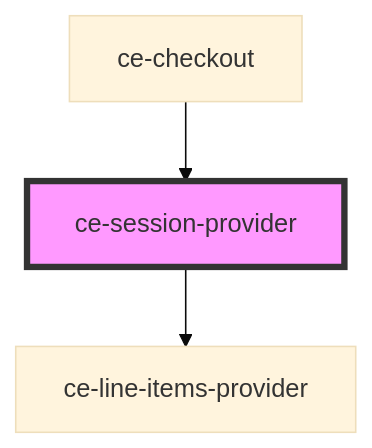
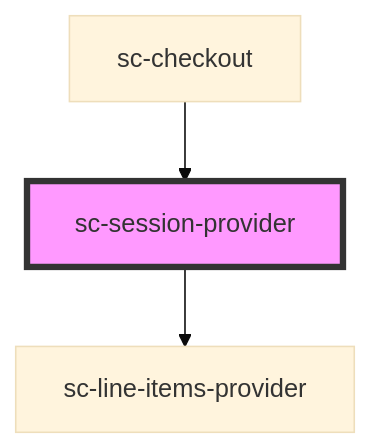
The diagram in packages/components/src/components/providers/session-provider/readme.md (surecart/surecart-wp-plugin), drawn with Mermaid (base theme) before and after one commit. The commit also changed other lines of this file and 1281 other files, not shown here.

````diff
--- a/packages/components/src/components/providers/session-provider/readme.md
+++ b/packages/components/src/components/providers/session-provider/readme.md
@@ -45,6 +45,6 @@
 ```mermaid
 graph TD;
-  ce-session-provider --> ce-line-items-provider
-  ce-checkout --> ce-session-provider
-  style ce-session-provider fill:#f9f,stroke:#333,stroke-width:4px
+  sc-session-provider --> sc-line-items-provider
+  sc-checkout --> sc-session-provider
+  style sc-session-provider fill:#f9f,stroke:#333,stroke-width:4px
 ```
````
